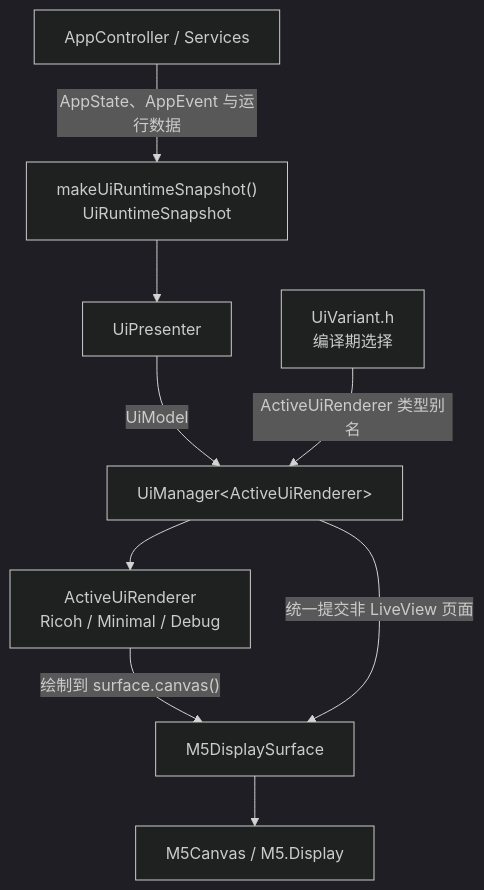
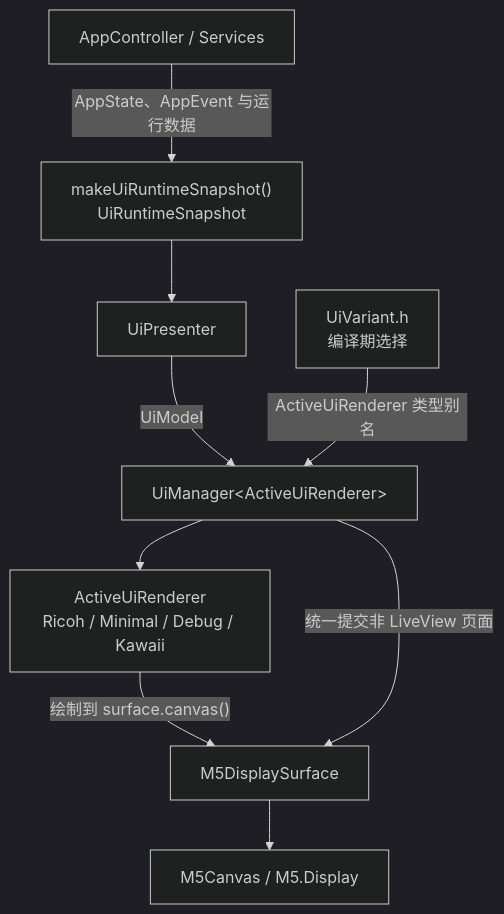
One commit to sky18Dragon/RICOH-GR-Live-View-Shooting changed the diagram in docs/ui_architecture.md. Above: the diagram before and after it, drawn with Mermaid (dark theme). The commit also changed other lines of this file and 27 other files, not shown here.

````diff
--- a/docs/ui_architecture.md
+++ b/docs/ui_architecture.md
@@ -11,11 +11,11 @@
 ```mermaid
 flowchart TD
     A["AppController / Services"] -->|"AppState、AppEvent 与运行数据"| B["makeUiRuntimeSnapshot()<br/>UiRuntimeSnapshot"]
     B --> C["UiPresenter"]
     C -->|"UiModel"| D["UiManager&lt;ActiveUiRenderer&gt;"]
     E["UiVariant.h<br/>编译期选择"] -->|"ActiveUiRenderer 类型别名"| D
-    D --> F["ActiveUiRenderer<br/>Ricoh / Minimal / Debug"]
+    D --> F["ActiveUiRenderer<br/>Ricoh / Minimal / Debug / Kawaii"]
     F -->|"绘制到 surface.canvas()"| G["M5DisplaySurface"]
     D -->|"统一提交非 LiveView 页面"| G
     G --> H["M5Canvas / M5.Display"]
 ```
````
